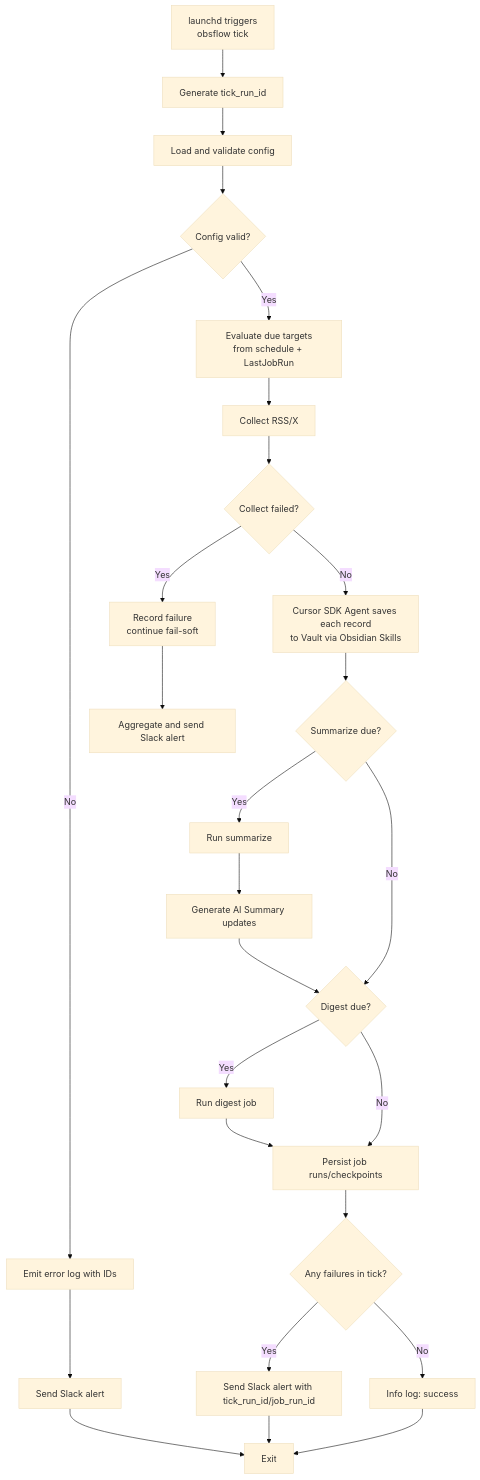
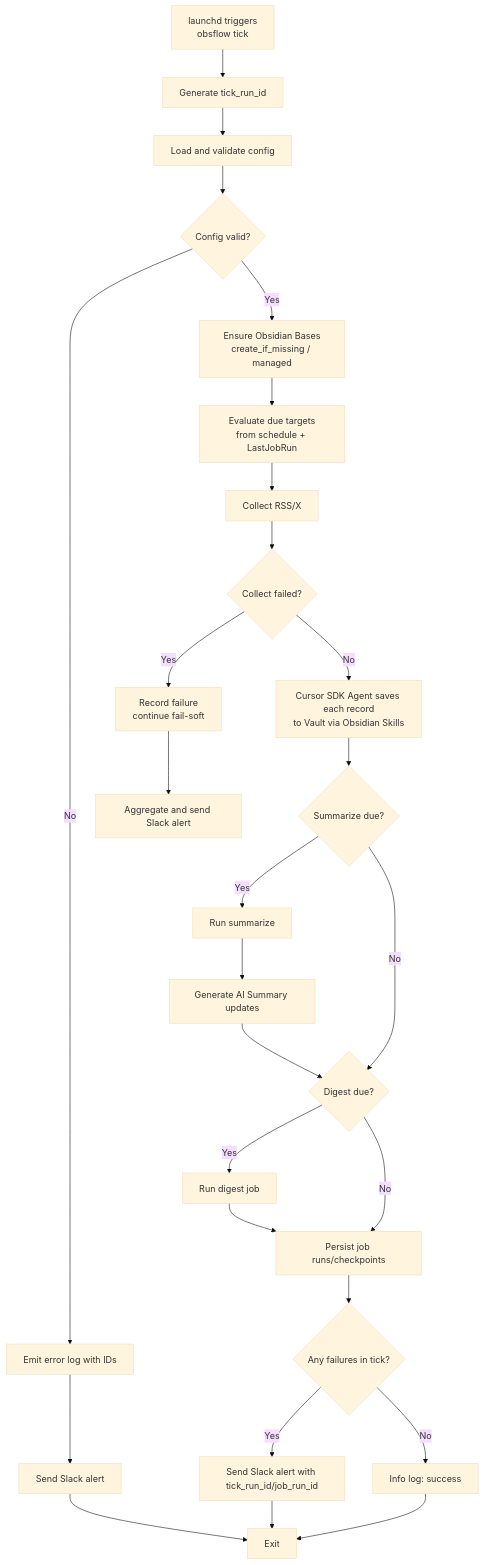
The diagram in DETAILED_DESIGN.md (ken5scal/.allstar), drawn with Mermaid (base theme) before and after one commit. The commit also changed other lines of this file and 27 other files, not shown here.

````diff
--- a/DETAILED_DESIGN.md
+++ b/DETAILED_DESIGN.md
@@ -278,32 +279,33 @@
 ```mermaid
 flowchart TD
     A[launchd triggers<br/>obsflow tick] --> B[Generate tick_run_id]
     B --> C[Load and validate config]
     C --> D{Config valid?}
     D -- No --> E[Emit error log with IDs]
     E --> F[Send Slack alert]
     F --> Z[Exit]
-    D -- Yes --> G[Evaluate due targets<br/>from schedule + LastJobRun]
+    D -- Yes --> B0[Ensure Obsidian Bases<br/>create_if_missing / managed]
+    B0 --> G[Evaluate due targets<br/>from schedule + LastJobRun]
 
     G --> H[Collect RSS/X]
     H --> I{Collect failed?}
     I -- Yes --> J[Record failure<br/>continue fail-soft]
     J --> K[Aggregate and send Slack alert]
     I -- No --> L[Cursor SDK Agent saves each record<br/>to Vault via Obsidian Skills]
 
     L --> M{Summarize due?}
     M -- Yes --> N[Run summarize]
     N --> O[Generate AI Summary updates]
     M -- No --> P{Digest due?}
     O --> P
 
     P -- Yes --> Q[Run digest job]
     P -- No --> R[Persist job runs/checkpoints]
     Q --> R
 
     R --> S{Any failures in tick?}
     S -- Yes --> T[Send Slack alert with tick_run_id/job_run_id]
     S -- No --> U[Info log: success]
     T --> Z
     U --> Z
 ```
````
